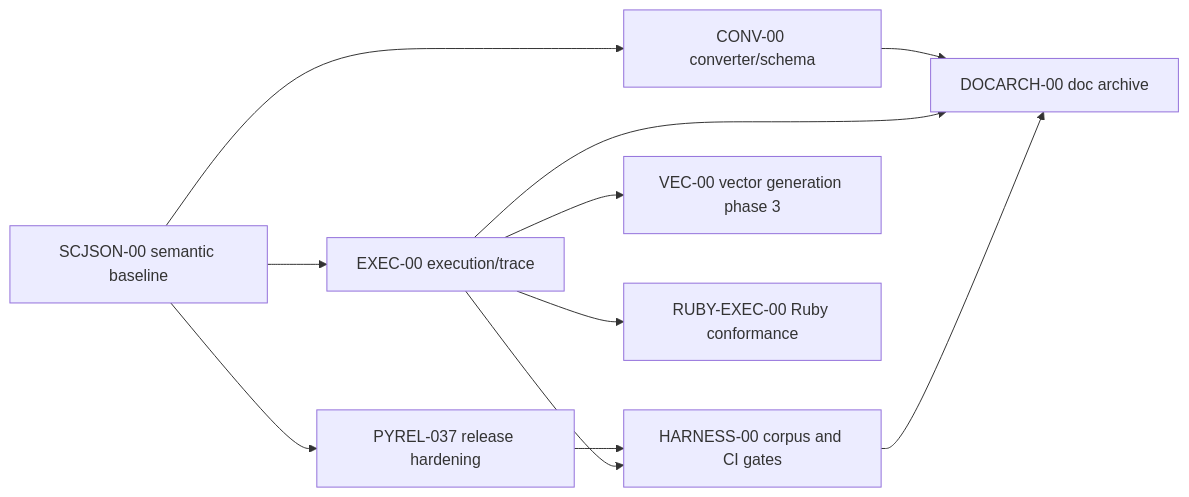
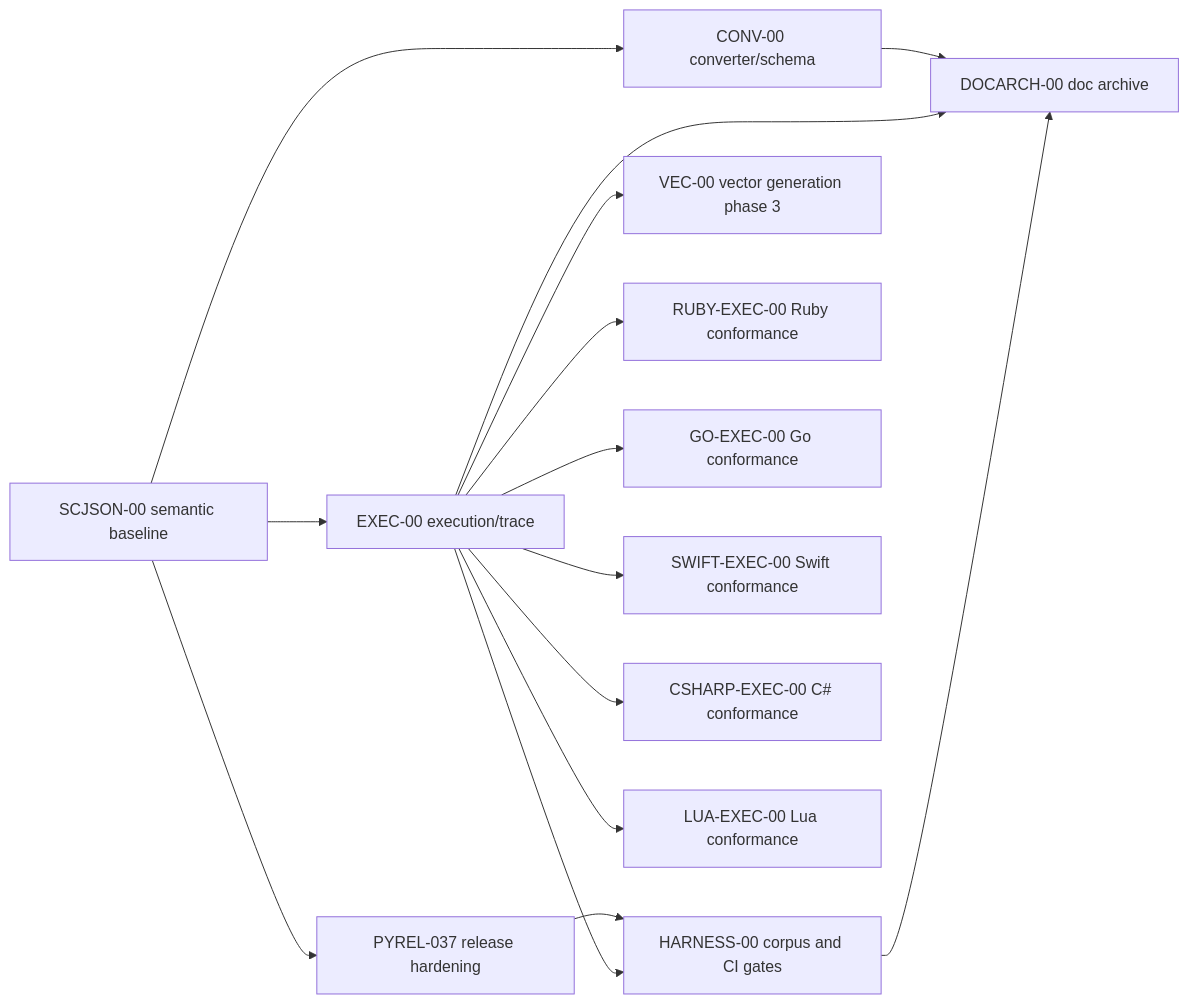
One commit to SoftOboros/scjson changed the diagram in docs/concepts/SCJSON-WORKSTREAMS-00-MANAGER-MAP.md. Above: the diagram before and after it, drawn with Mermaid. The commit also changed other lines of this file and 5 other files, not shown here.

First line of the commit message:
Add EXEC-G/H/I/J work packages for Go/Swift/C#/Lua engine parity

````diff
--- a/docs/concepts/SCJSON-WORKSTREAMS-00-MANAGER-MAP.md
+++ b/docs/concepts/SCJSON-WORKSTREAMS-00-MANAGER-MAP.md
@@ -41,22 +41,30 @@
 ```mermaid
 flowchart LR
   SBC["SCJSON-00 semantic baseline"]
   PYREL["PYREL-037 release hardening"]
   CONV["CONV-00 converter/schema"]
   EXEC["EXEC-00 execution/trace"]
   HARNESS["HARNESS-00 corpus and CI gates"]
   VEC["VEC-00 vector generation phase 3"]
   RUBY["RUBY-EXEC-00 Ruby conformance"]
+  GO["GO-EXEC-00 Go conformance"]
+  SWIFT["SWIFT-EXEC-00 Swift conformance"]
+  CSHARP["CSHARP-EXEC-00 C# conformance"]
+  LUA["LUA-EXEC-00 Lua conformance"]
   DOCARCH["DOCARCH-00 doc archive"]
 
   SBC --> PYREL
   SBC --> CONV
   SBC --> EXEC
   PYREL --> HARNESS
   EXEC --> HARNESS
   EXEC --> VEC
   EXEC --> RUBY
+  EXEC --> GO
+  EXEC --> SWIFT
+  EXEC --> CSHARP
+  EXEC --> LUA
   CONV --> DOCARCH
   EXEC --> DOCARCH
   HARNESS --> DOCARCH
 ```
````
